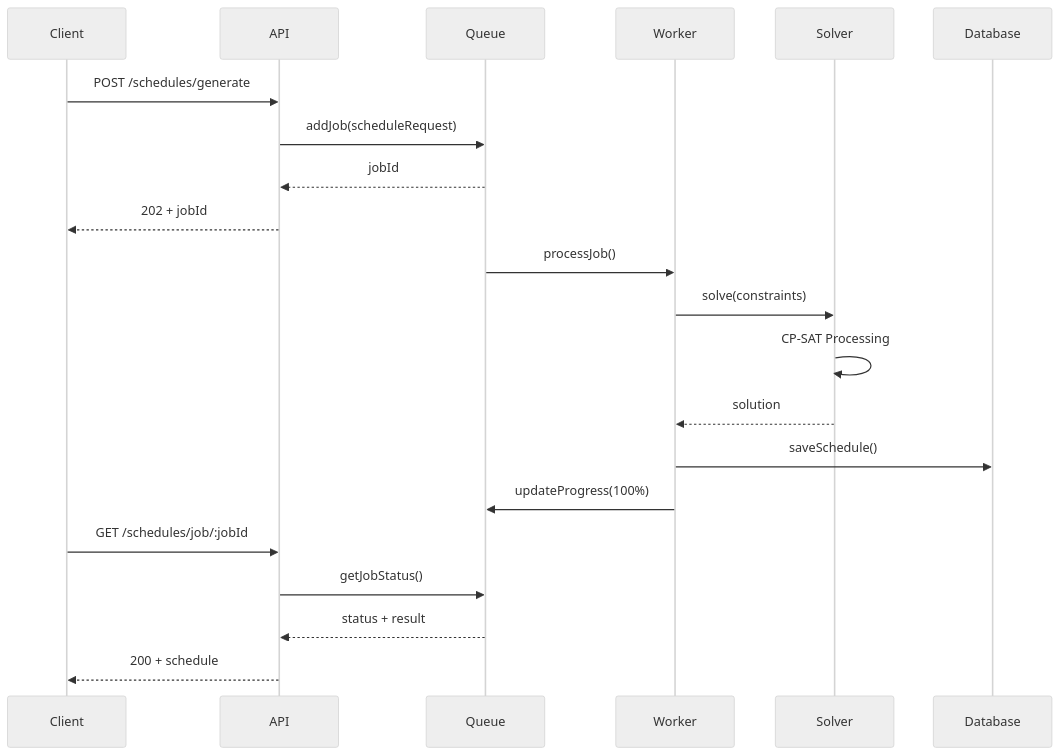
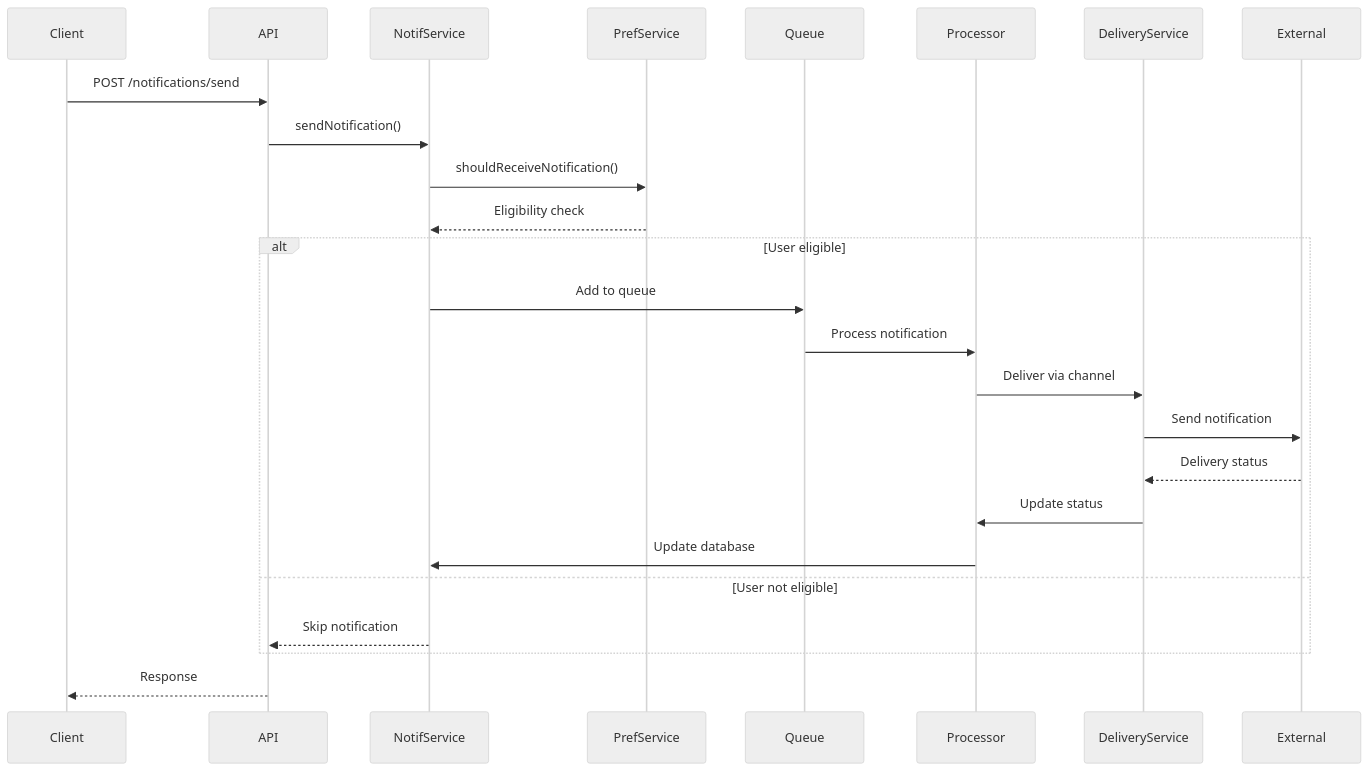
The seventh of 14 diagrams in docs/ARCHITECTURE.md (abdoElHodaky/sasscolmng), drawn with Mermaid (neutral theme) before and after one commit. The commit also changed other lines of this file and 18 other files, not shown here.

````diff
--- a/docs/ARCHITECTURE.md
+++ b/docs/ARCHITECTURE.md
@@ -440,26 +408,30 @@
 ```mermaid
 sequenceDiagram
     participant Client
     participant API
+    participant NotifService
+    participant PrefService
     participant Queue
-    participant Worker
-    participant Solver
-    participant Database
+    participant Processor
+    participant DeliveryService
+    participant External
+
+    Client->>API: POST /notifications/send
+    API->>NotifService: sendNotification()
+    NotifService->>PrefService: shouldReceiveNotification()
+    PrefService-->>NotifService: Eligibility check
     
-    Client->>API: POST /schedules/generate
-    API->>Queue: addJob(scheduleRequest)
-    Queue-->>API: jobId
-    API-->>Client: 202 + jobId
+    alt User eligible
+        NotifService->>Queue: Add to queue
+        Queue->>Processor: Process notification
+        Processor->>DeliveryService: Deliver via channel
+        DeliveryService->>External: Send notification
+        External-->>DeliveryService: Delivery status
+        DeliveryService->>Processor: Update status
+        Processor->>NotifService: Update database
+    else User not eligible
+        NotifService-->>API: Skip notification
+    end
     
-    Queue->>Worker: processJob()
-    Worker->>Solver: solve(constraints)
-    Solver->>Solver: CP-SAT Processing
-    Solver-->>Worker: solution
-    Worker->>Database: saveSchedule()
-    Worker->>Queue: updateProgress(100%)
-    
-    Client->>API: GET /schedules/job/:jobId
-    API->>Queue: getJobStatus()
-    Queue-->>API: status + result
-    API-->>Client: 200 + schedule
+    API-->>Client: Response
 ```
````
